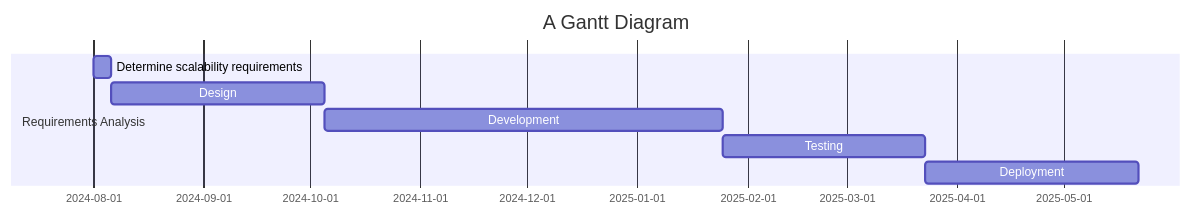
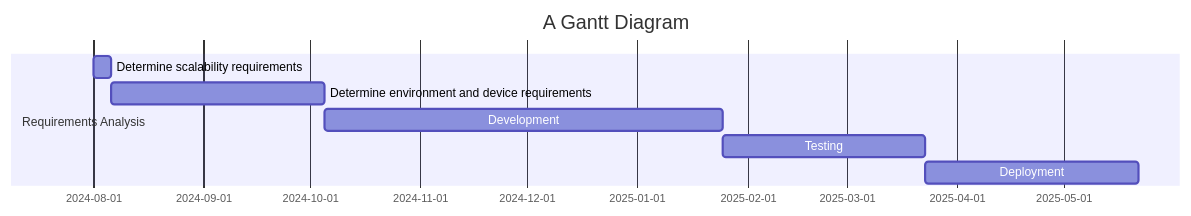
Before and after one commit to sayshelley/iodraw-files: the diagram in all/Code Gantt Chart.md, drawn with Mermaid.

Commit message:
2024-10-04 22:30:55 update

````diff
--- a/all/Code Gantt Chart.md
+++ b/all/Code Gantt Chart.md
@@ -1,15 +1,15 @@
 ```mermaid
 gantt
     title A Gantt Diagram
     dateFormat  YYYY-MM-DD
     section Requirements Analysis
     Determine scalability requirements :a1, 2024-08-01, 5d
-    Design :a2, after a1, 60d
+    Determine environment and device requirements :a2, after a1, 60d
     Development: a3, after a2, 112d
     Testing: a4, after a3, 57d
     Deployment : a5, after a4, 60d
     
 
 
    
 ```
````
